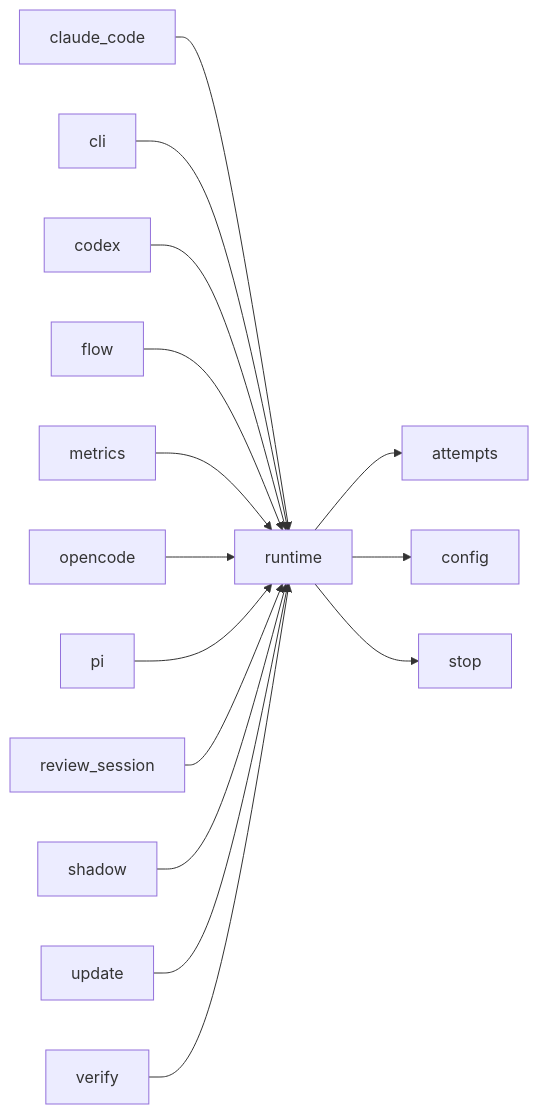
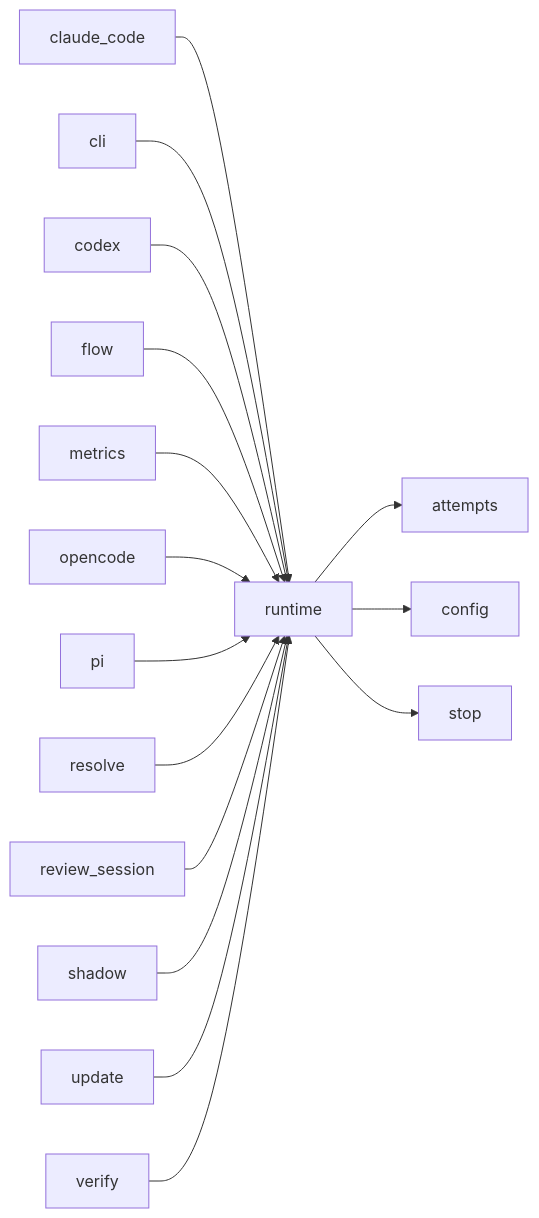
Before and after one commit to plaplanche/ariane: the third of 3 diagrams in docs/architecture/modules/runtime.md, drawn with Mermaid. The commit also changed 22 other files, not shown here.

````diff
--- a/docs/architecture/modules/runtime.md
+++ b/docs/architecture/modules/runtime.md
@@ -85,17 +85,18 @@
 ```mermaid
 flowchart LR
   claude_code --> runtime
   cli --> runtime
   codex --> runtime
   flow --> runtime
   metrics --> runtime
   opencode --> runtime
   pi --> runtime
+  resolve --> runtime
   review_session --> runtime
   runtime --> attempts
   runtime --> config
   runtime --> stop
   shadow --> runtime
   update --> runtime
   verify --> runtime
 ```
````
